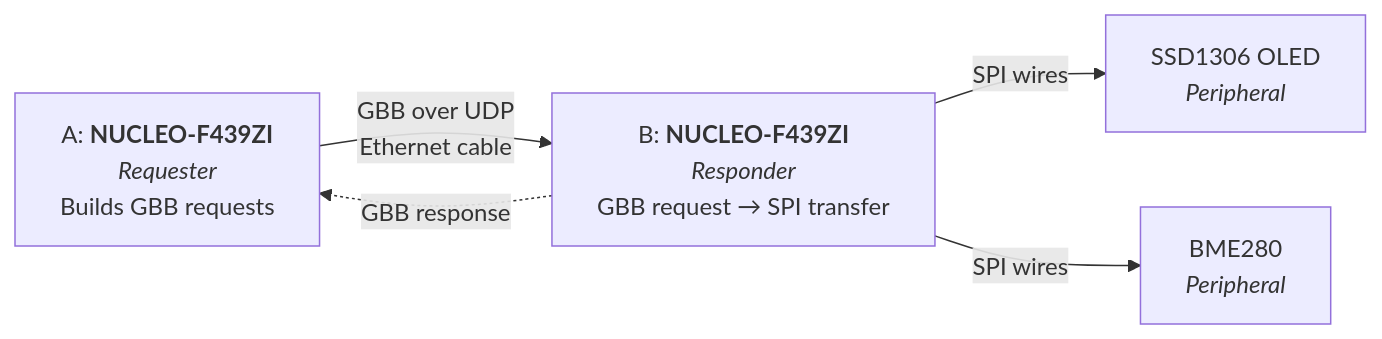
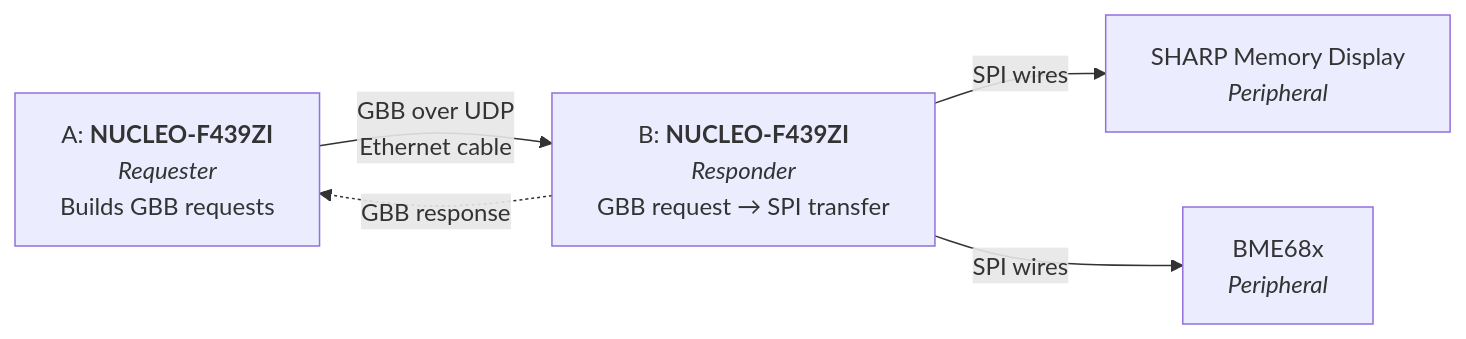
One commit to Kartoffelbauer/rts-open1722-remote-spi changed the diagram in README.md. Above: the diagram before and after it, drawn with Mermaid. The commit also changed other lines of this file and 8 other files, not shown here.

````diff
--- a/README.md
+++ b/README.md
@@ -9,12 +9,12 @@
 ```mermaid
 flowchart LR
     A["A: <b>NUCLEO-F439ZI</b><br/><i>Requester</i><br/>Builds GBB requests"]
     B["B: <b>NUCLEO-F439ZI</b><br/><i>Responder</i><br/>GBB request → SPI transfer"]
-    O["SSD1306 OLED<br/><i>Peripheral</i>"]
-    S["BME280<br/><i>Peripheral</i>"]
+    O["SHARP Memory Display<br/><i>Peripheral</i>"]
+    S["BME68x<br/><i>Peripheral</i>"]
 
     A -- "GBB over UDP<br/>Ethernet cable" --> B
     B -. "GBB response" .-> A
     B -- "SPI wires" --> O
     B -- "SPI wires" --> S
 ```
````
